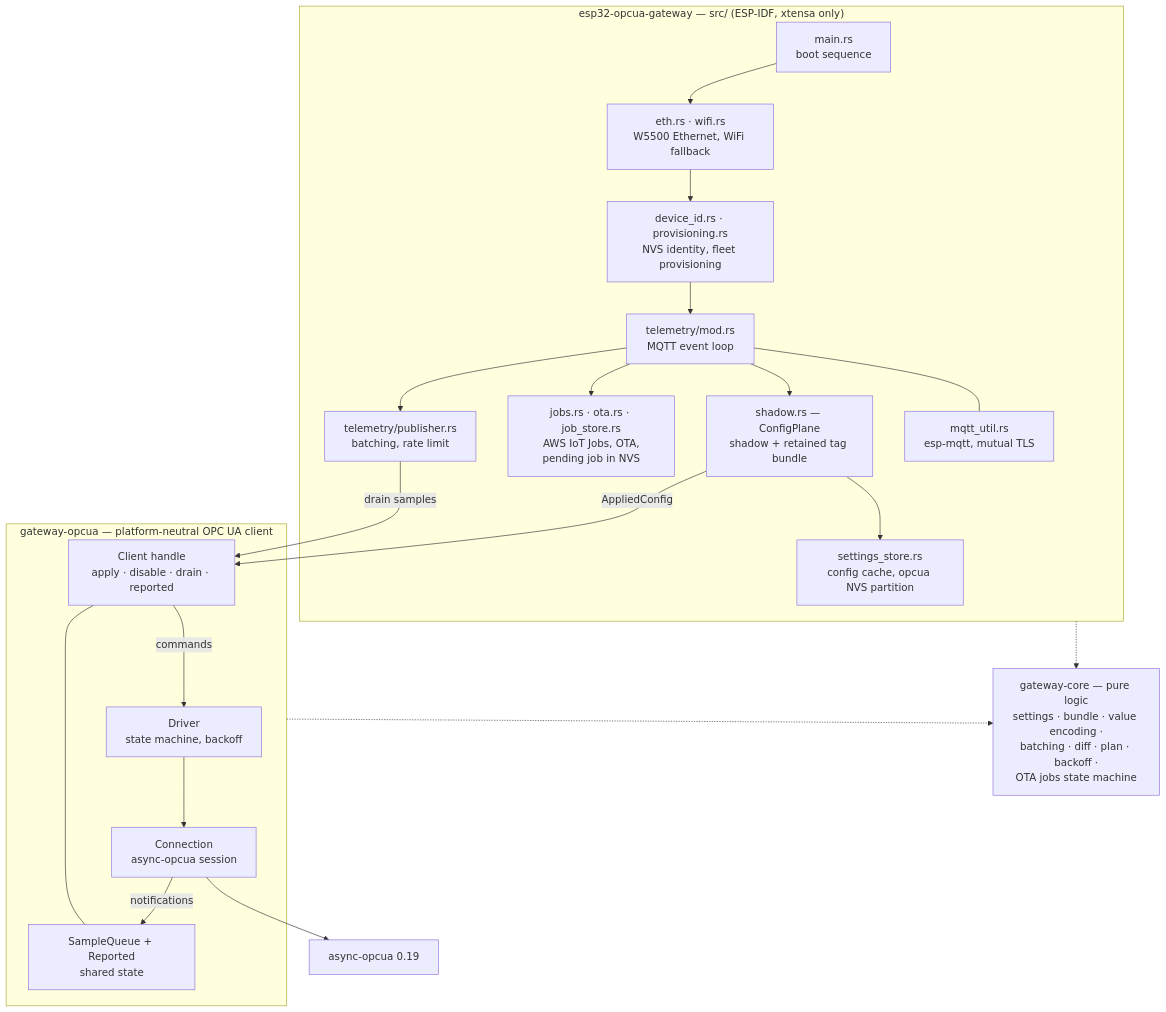
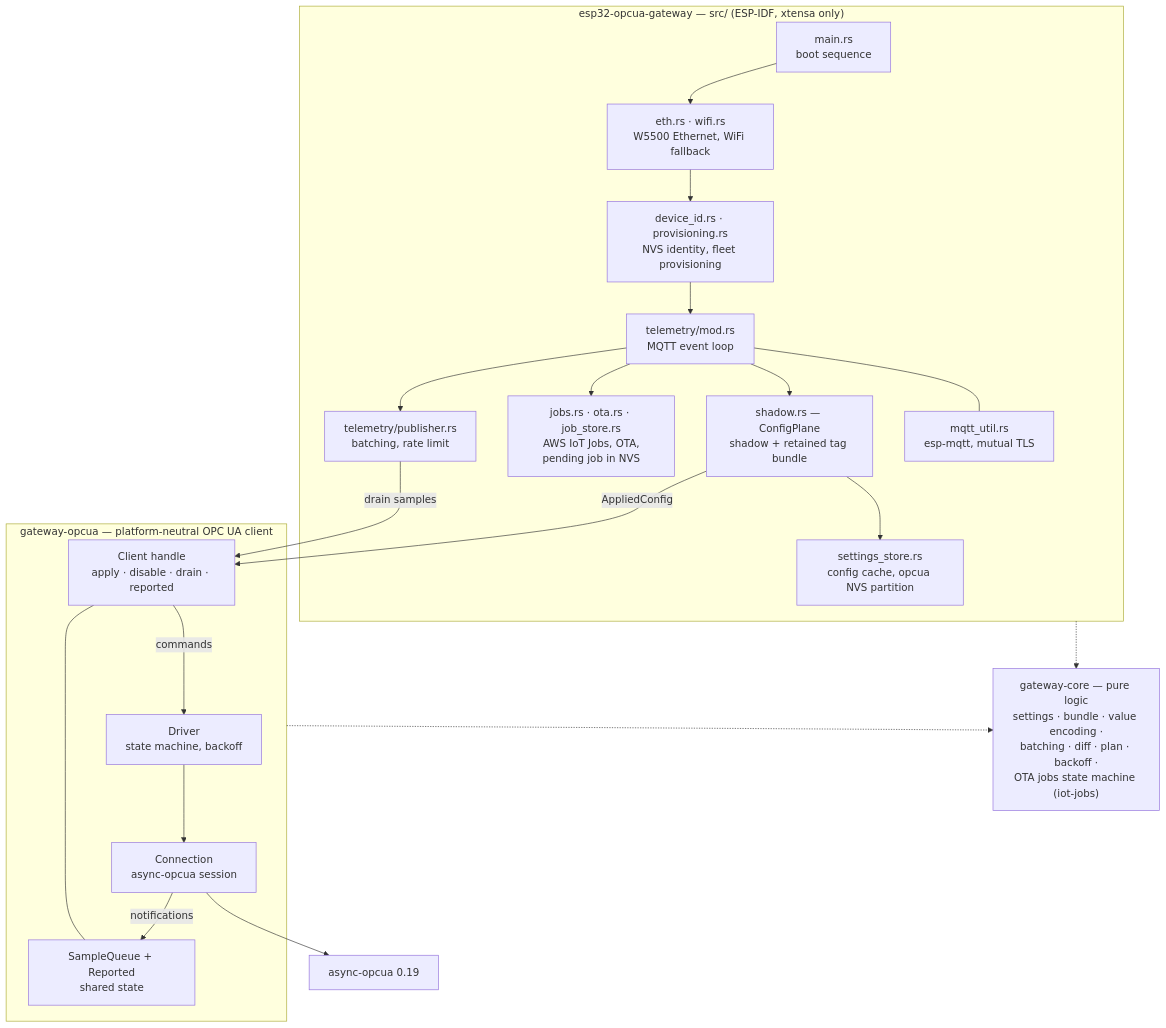
The second of 10 diagrams in README.md (ergousha/esp32-opcua-gateway-rust), drawn with Mermaid before and after one commit. The commit also changed other lines of this file and 16 other files, not shown here.

First line of the commit message:
feat: share the Jobs protocol as iot-jobs, refuse other products' images

````diff
--- a/README.md
+++ b/README.md
@@ -88,39 +88,39 @@
 ```mermaid
 flowchart TB
     subgraph firmware["esp32-opcua-gateway — src/ (ESP-IDF, xtensa only)"]
         boot["main.rs<br/>boot sequence"]
         net["eth.rs · wifi.rs<br/>W5500 Ethernet, WiFi fallback"]
         ident["device_id.rs · provisioning.rs<br/>NVS identity, fleet provisioning"]
         tloop["telemetry/mod.rs<br/>MQTT event loop"]
         plane["shadow.rs — ConfigPlane<br/>shadow + retained tag bundle"]
         store["settings_store.rs<br/>config cache, opcua NVS partition"]
         jobs["jobs.rs · ota.rs · job_store.rs<br/>AWS IoT Jobs, OTA,<br/>pending job in NVS"]
         publ["telemetry/publisher.rs<br/>batching, rate limit"]
         mqtt["mqtt_util.rs<br/>esp-mqtt, mutual TLS"]
     end
 
     subgraph client["gateway-opcua — platform-neutral OPC UA client"]
         handle["Client handle<br/>apply · disable · drain · reported"]
         driver["Driver<br/>state machine, backoff"]
         conn["Connection<br/>async-opcua session"]
         shared["SampleQueue + Reported<br/>shared state"]
     end
 
-    core["gateway-core — pure logic<br/>settings · bundle · value encoding ·<br/>batching · diff · plan · backoff ·<br/>OTA jobs state machine"]
+    core["gateway-core — pure logic<br/>settings · bundle · value encoding ·<br/>batching · diff · plan · backoff ·<br/>OTA jobs state machine (iot-jobs)"]
     lib["async-opcua 0.19"]
 
     boot --> net --> ident --> tloop
     tloop --> plane
     tloop --> jobs
     tloop --> publ
     tloop --- mqtt
     plane --> store
     plane -->|"AppliedConfig"| handle
     publ -->|"drain samples"| handle
     handle -->|"commands"| driver
     driver --> conn --> lib
     conn -->|"notifications"| shared
     handle --- shared
     firmware -.-> core
     client -.-> core
 ```
````
